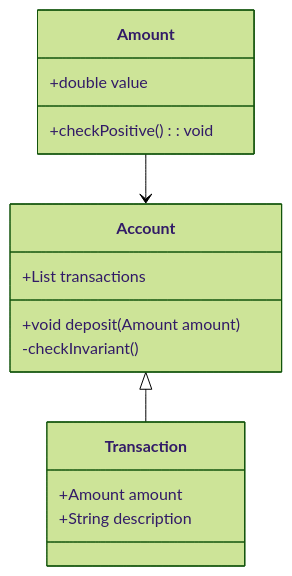
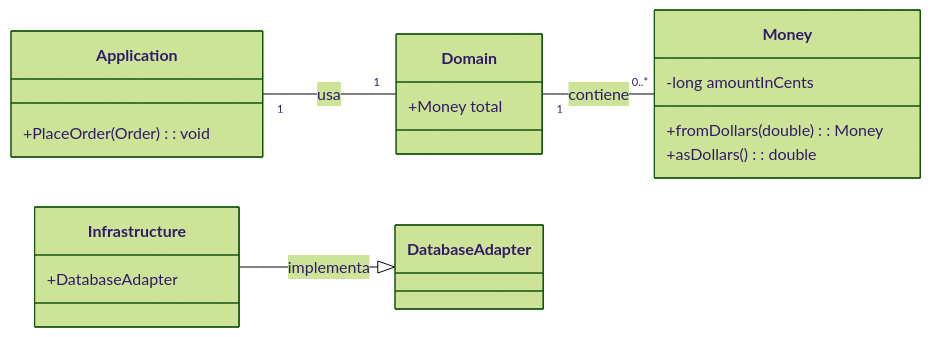
Before and after one commit to Joaquinriosheredia/DAM-Java-Mastery: the fourth of 8 diagrams in Java_Elite/arquitectura_hexagonal_y_ddd_en_java_21:_invariantes_en_agregados,_value_objects_con_records_y_persistencia_desacoplada_con_spring_data_r2dbc_STAFF.md, drawn with Mermaid (forest theme). The commit also changed other lines of this file, not shown here.

Commit message:
feat: manual de autoridad sobre Arquitectura Hexagonal y DDD en Java 21: Invariantes en Agregados, Value Objects con Records y Persistencia desacoplada con Spring Data R2DBC (Staff Level)

````diff
--- a/Java_Elite/arquitectura_hexagonal_y_ddd_en_java_21:_invariantes_en_agregados,_value_objects_con_records_y_persistencia_desacoplada_con_spring_data_r2dbc_STAFF.md
+++ b/Java_Elite/arquitectura_hexagonal_y_ddd_en_java_21:_invariantes_en_agregados,_value_objects_con_records_y_persistencia_desacoplada_con_spring_data_r2dbc_STAFF.md
@@ -67,21 +293,27 @@
 ```mermaid
 classDiagram
-    Account <|-- Transaction
-    Amount --> Account
-
-    class Account {
-        +List<Transaction> transactions
-        +void deposit(Amount amount)
-        -checkInvariant()
+    class Domain {
+        +Money total
     }
 
-    class Transaction {
-        +Amount amount
-        +String description
+    class Money {
+        -long amountInCents
+        +fromDollars(double): Money
+        +asDollars(): double
+    }
+    
+    Domain "1" -- "0..*" Money: contiene
+    
+    class Application {
+        +PlaceOrder(Order): void
+    }
+    
+    class Infrastructure {
+        +DatabaseAdapter
     }
 
-    class Amount {
-        +double value
-        +checkPositive(): void
-    }
+    Application "1" -- "1" Domain : usa
+    Infrastructure --|> DatabaseAdapter : implementa
+
+    direction LR
 ```
````
